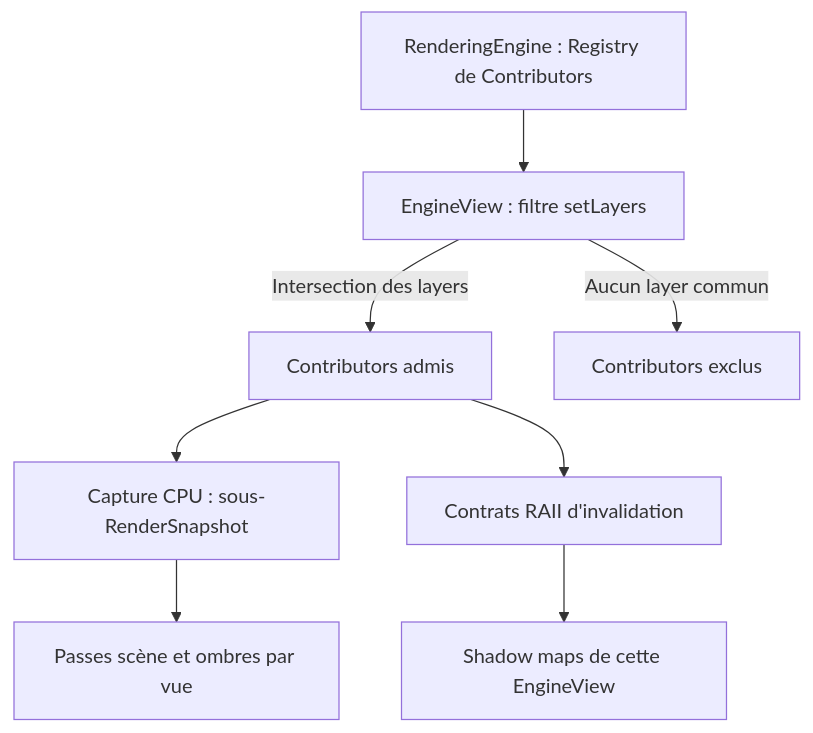
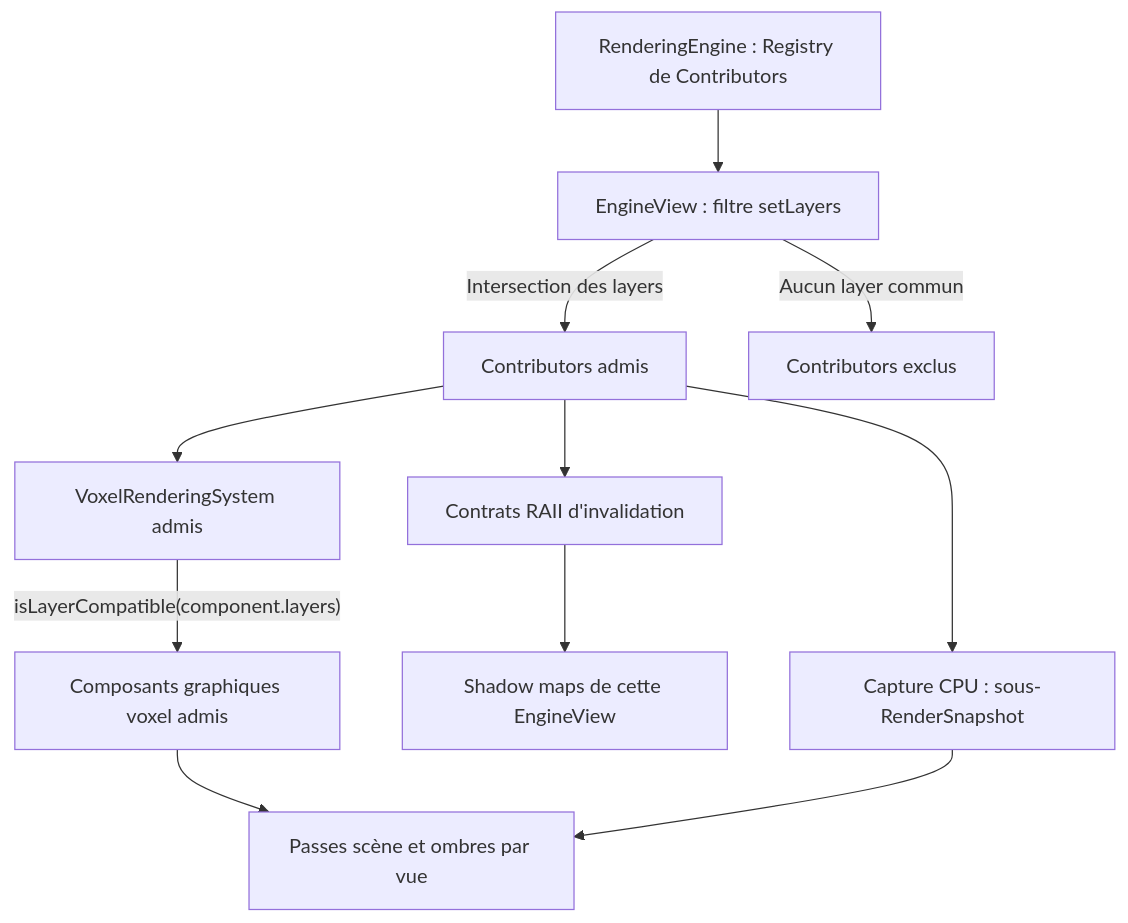
Before and after one commit to EreliaStudio/Sparkle: the tenth of 13 diagrams in docs/voxel-engine-v0.1.4-specification.md, drawn with Mermaid. The commit also changed other lines of this file, not shown here.

Commit message:
docs(v0.1.4): delegate internal voxel component layer filtering to VoxelRenderingSystem

````diff
--- a/docs/voxel-engine-v0.1.4-specification.md
+++ b/docs/voxel-engine-v0.1.4-specification.md
@@ -868,10 +893,13 @@
 ```mermaid
 flowchart TD
   R["RenderingEngine : Registry de Contributors"] --> L["EngineView : filtre setLayers"]
   L -->|"Intersection des layers"| A["Contributors admis"]
   L -->|"Aucun layer commun"| X["Contributors exclus"]
   A --> B["Capture CPU : sous-RenderSnapshot"]
   A --> C["Contrats RAII d'invalidation"]
   C --> S["Shadow maps de cette EngineView"]
-  B --> P["Passes scène et ombres par vue"]
+  A --> VS["VoxelRenderingSystem admis"]
+  VS -->|"isLayerCompatible(component.layers)"| VC["Composants graphiques voxel admis"]
+  VC --> P["Passes scène et ombres par vue"]
+  B --> P
 ```
````
